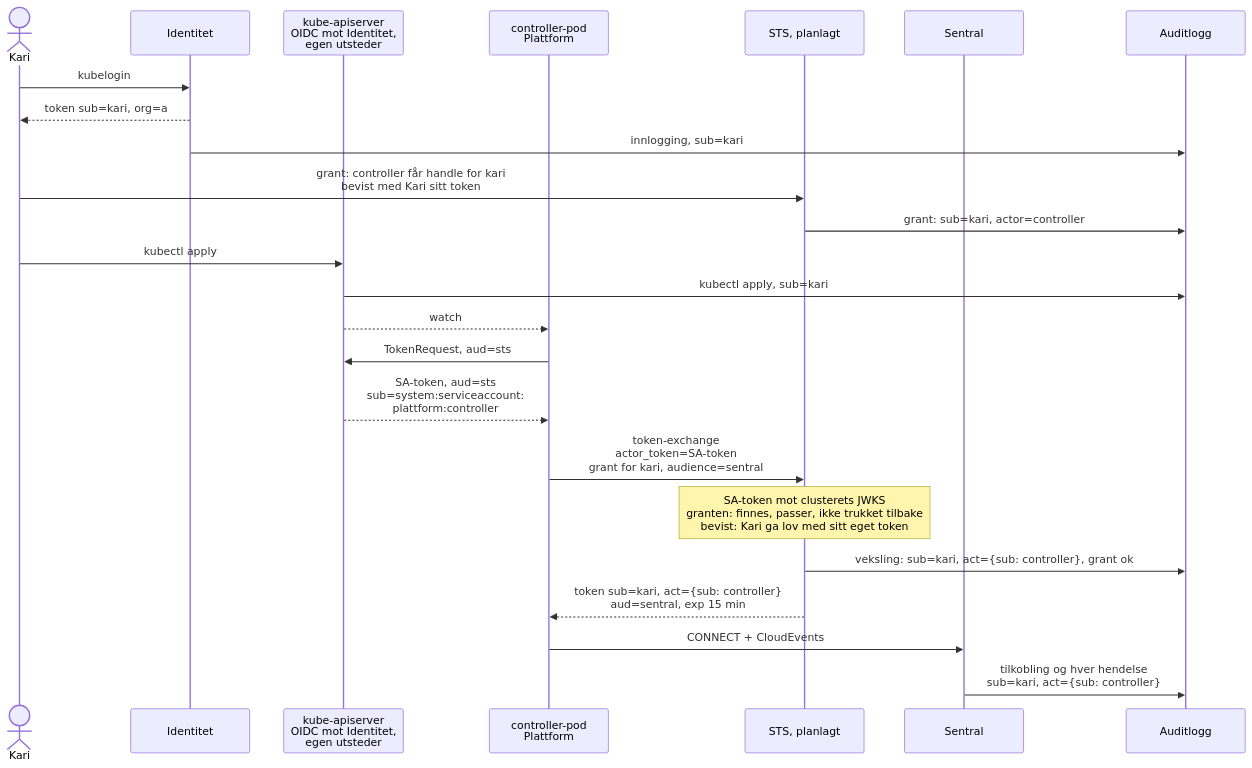
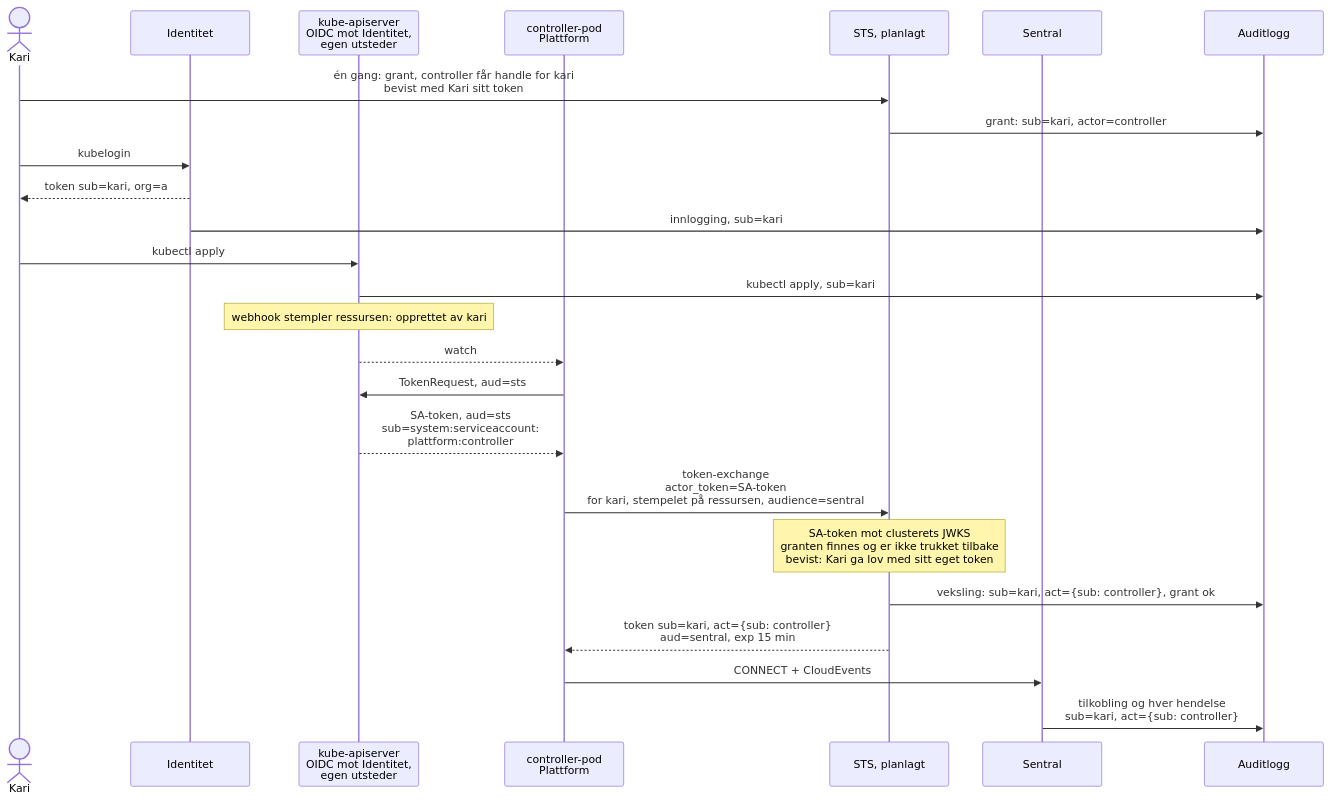
One commit to dataverket-org/org changed the sixth of 7 diagrams in docs/arrangement/2026-10-14-containerkonferansen/foredrag.md. Above: the diagram before and after it, drawn with Mermaid. The commit also changed other lines of this file and 3 other files, not shown here.

First line of the commit message:
docs/arrangement/containerkonferansen: granten gis én gang per workload, stempelet velger grant

````diff
--- a/docs/arrangement/2026-10-14-containerkonferansen/foredrag.md
+++ b/docs/arrangement/2026-10-14-containerkonferansen/foredrag.md
@@ -371,27 +372,28 @@
 ```mermaid
 %%{init: {"handDrawnSeed": 1, "sequence": {"width": 175}}}%%
 sequenceDiagram
   actor M as Kari
   participant Z as Identitet
   participant A as kube-apiserver<br/>OIDC mot Identitet,<br/>egen utsteder
   participant PC as controller-pod<br/>Plattform
   participant STS as STS, planlagt
   participant N as Sentral
   participant L as Auditlogg
+  M->>STS: én gang: grant, controller får handle for kari<br/>bevist med Kari sitt token
+  STS->>L: grant: sub=kari, actor=controller
   M->>Z: kubelogin
   Z-->>M: token sub=kari, org=a
   Z->>L: innlogging, sub=kari
-  M->>STS: grant: controller får handle for kari<br/>bevist med Kari sitt token
-  STS->>L: grant: sub=kari, actor=controller
   M->>A: kubectl apply
   A->>L: kubectl apply, sub=kari
+  Note over A: webhook stempler ressursen: opprettet av kari
   A-->>PC: watch
   PC->>A: TokenRequest, aud=sts
   A-->>PC: SA-token, aud=sts<br/>sub=system:serviceaccount:<br/>plattform:controller
-  PC->>STS: token-exchange<br/>actor_token=SA-token<br/>grant for kari, audience=sentral
-  Note over STS: SA-token mot clusterets JWKS<br/>granten: finnes, passer, ikke trukket tilbake<br/>bevist: Kari ga lov med sitt eget token
+  PC->>STS: token-exchange<br/>actor_token=SA-token<br/>for kari, stempelet på ressursen, audience=sentral
+  Note over STS: SA-token mot clusterets JWKS<br/>granten finnes og er ikke trukket tilbake<br/>bevist: Kari ga lov med sitt eget token
   STS->>L: veksling: sub=kari, act={sub: controller}, grant ok
   STS-->>PC: token sub=kari, act={sub: controller}<br/>aud=sentral, exp 15 min
   PC->>N: CONNECT + CloudEvents
   N->>L: tilkobling og hver hendelse<br/>sub=kari, act={sub: controller}
 ```
````
